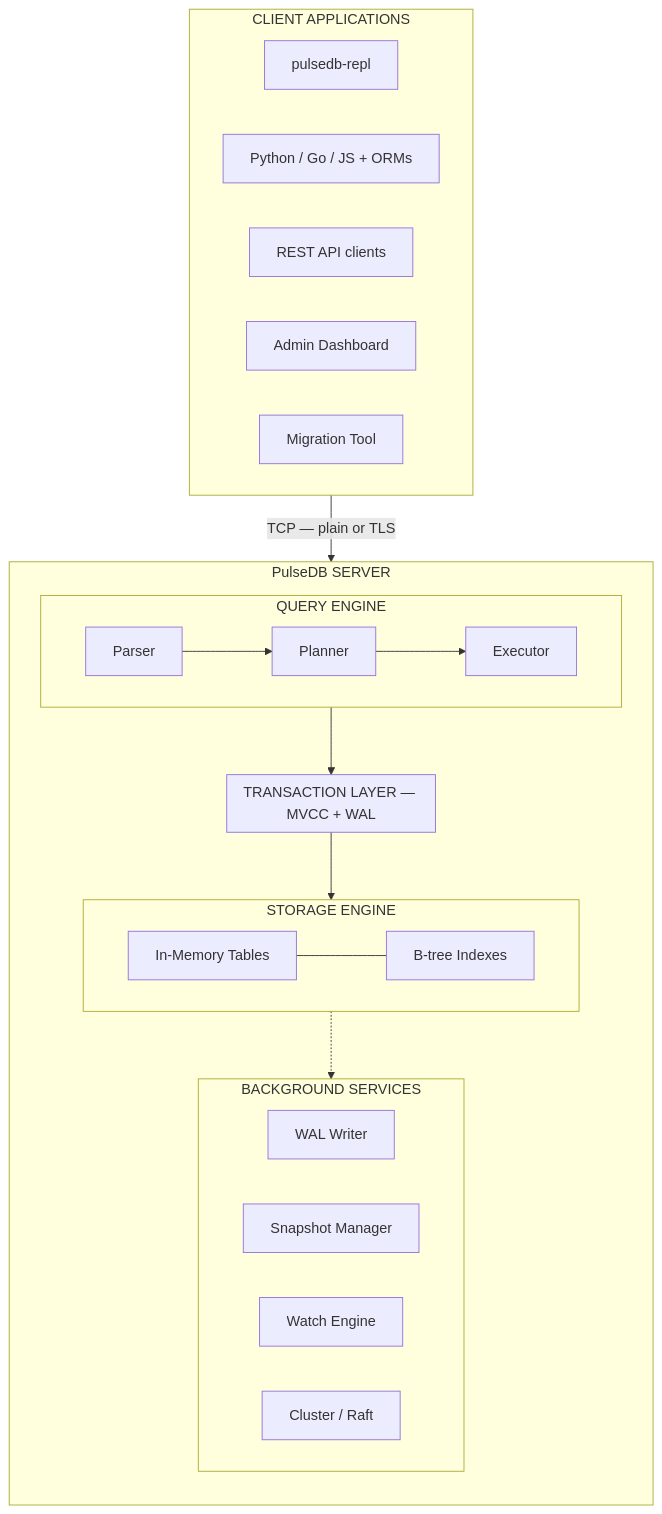
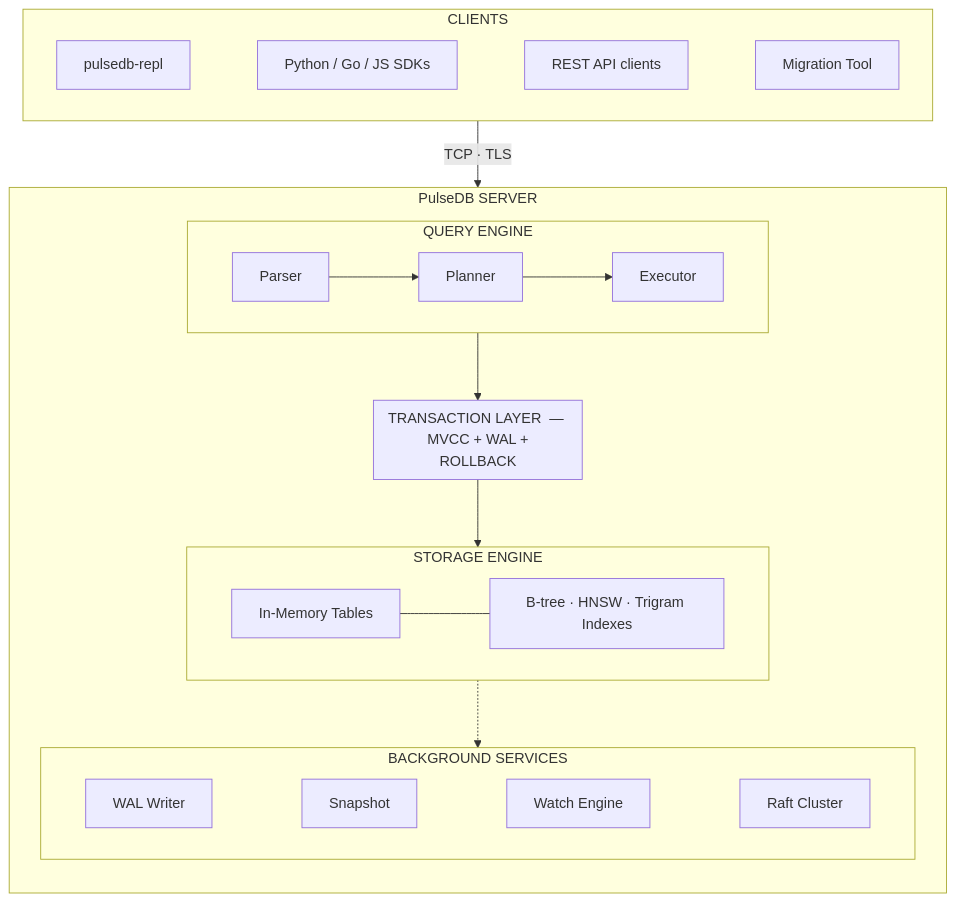
Before and after one commit to Ajaikumar0712/PulseDB: the diagram in README.md, drawn with Mermaid. The commit also changed other lines of this file and 28 other files, not shown here.

````diff
--- a/README.md
+++ b/README.md
@@ -1172,32 +1109,31 @@
 ```mermaid
 flowchart TD
-    subgraph CLIENTS["CLIENT APPLICATIONS"]
-        CLI["pulsedb-repl"]
-        SDK["Python / Go / JS + ORMs"]
-        REST["REST API clients"]
-        ADM["Admin Dashboard"]
-        MIG["Migration Tool"]
+    subgraph CLIENTS["CLIENTS"]
+        direction LR
+        A["pulsedb-repl"] ~~~ B["Python / Go / JS SDKs"]
+        B ~~~ C["REST API clients"]
+        C ~~~ D["Migration Tool"]
     end
 
-    CLIENTS -->|TCP — plain or TLS| SERVER
+    CLIENTS -->|"TCP · TLS"| SERVER
 
     subgraph SERVER["PulseDB SERVER"]
         direction TB
         subgraph QE["QUERY ENGINE"]
             P[Parser] --> PL[Planner] --> EX[Executor]
         end
-        subgraph TL["TRANSACTION LAYER — MVCC + WAL"]
+        subgraph TL["TRANSACTION LAYER  —  MVCC + WAL + ROLLBACK"]
         end
         subgraph SE["STORAGE ENGINE"]
-            MEM[In-Memory Tables] --- IDX[B-tree Indexes]
+            MEM[In-Memory Tables] --- IDX["B-tree · HNSW · Trigram Indexes"]
         end
         subgraph BG["BACKGROUND SERVICES"]
-            WAL[WAL Writer]
-            SNAP[Snapshot Manager]
-            WATCH[Watch Engine]
-            RAFT[Cluster / Raft]
+            direction LR
+            WAL[WAL Writer] ~~~ SNAP[Snapshot]
+            SNAP ~~~ WATCH[Watch Engine]
+            WATCH ~~~ RAFT[Raft Cluster]
         end
         QE --> TL --> SE
         SE -.-> BG
     end
 ```
````
